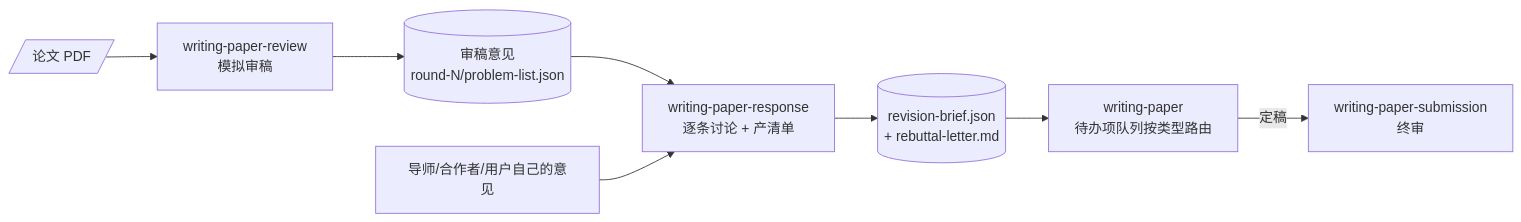
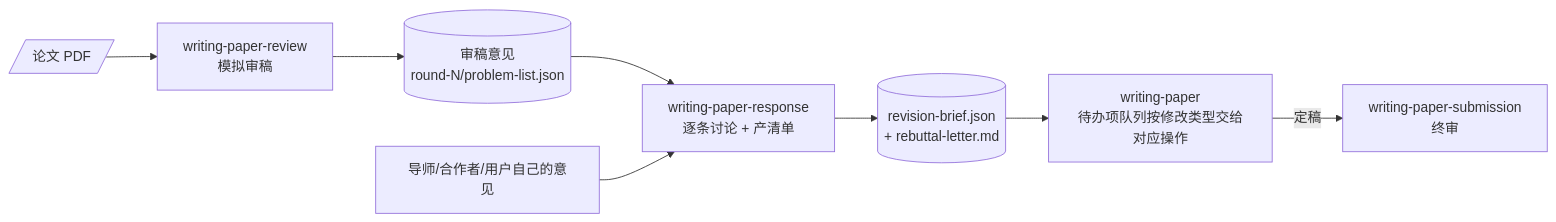
Before and after one commit to jackwang0108/dl-assistant: the first of 2 diagrams in plugins/dl-assistant/skills/writing-paper-response/SKILL.md, drawn with Mermaid. The commit also changed other lines of this file and 143 other files, not shown here.

````diff
--- a/plugins/dl-assistant/skills/writing-paper-response/SKILL.md
+++ b/plugins/dl-assistant/skills/writing-paper-response/SKILL.md
@@ -30,10 +30,10 @@
 ```mermaid
 flowchart LR
     PDF[/论文 PDF/] --> WPR["writing-paper-review<br/>模拟审稿"]
     WPR --> COMM[("审稿意见<br/>round-N/problem-list.json")]
     COMM --> WRESP["writing-paper-response<br/>逐条讨论 + 产清单"]
     ADV["导师/合作者/用户自己的意见"] --> WRESP
     WRESP --> RBRIEF[("revision-brief.json<br/>+ rebuttal-letter.md")]
-    RBRIEF --> WP["writing-paper<br/>待办项队列按类型路由"]
+    RBRIEF --> WP["writing-paper<br/>待办项队列按修改类型交给对应操作"]
     WP -->|定稿| WPS["writing-paper-submission<br/>终审"]
 ```
````
